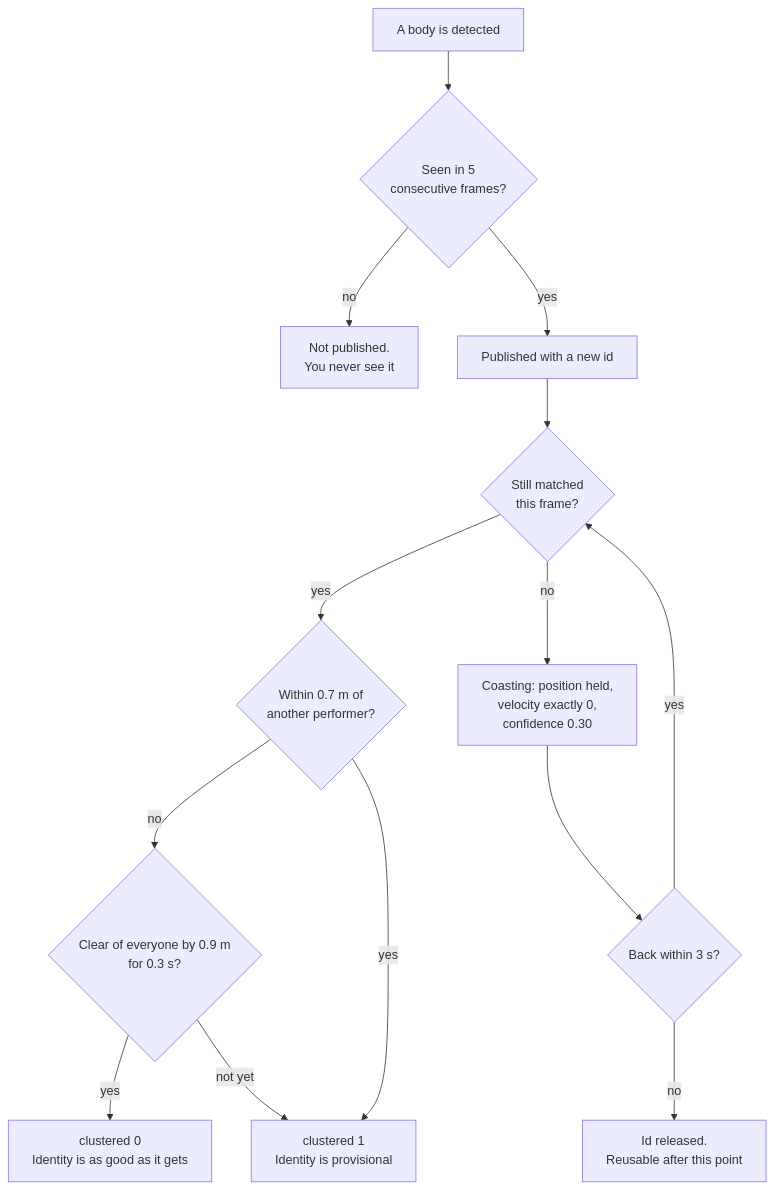
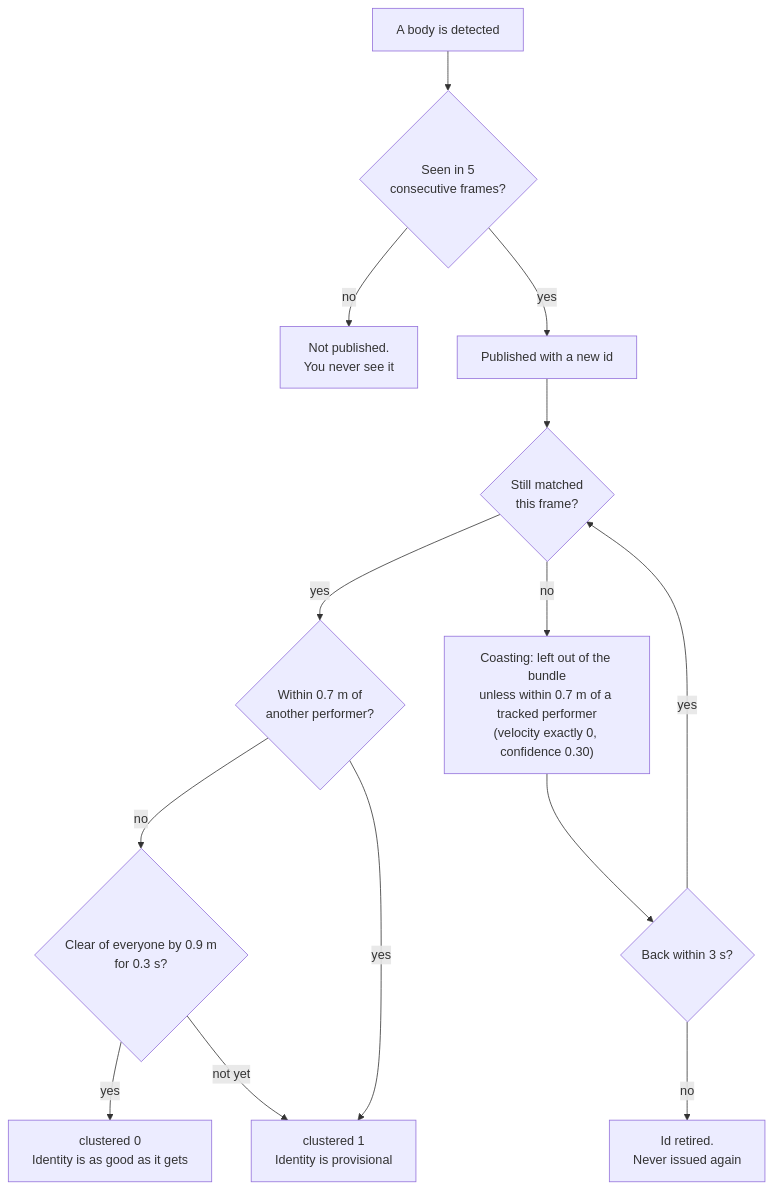
The second of 2 diagrams in reference/track.md (AristidesAI/TDStage-Docs), drawn with Mermaid before and after one commit. The commit also changed other lines of this file and 22 other files, not shown here.

````diff
--- a/reference/track.md
+++ b/reference/track.md
@@ -121,16 +123,16 @@
 ```mermaid
 flowchart TD
   A["A body is detected"] --> B{"Seen in 5<br/>consecutive frames?"}
   B -- "no" --> C["Not published.<br/>You never see it"]
   B -- "yes" --> D["Published with a new id"]
   D --> E{"Still matched<br/>this frame?"}
   E -- "yes" --> F{"Within 0.7 m of<br/>another performer?"}
   F -- "no" --> G{"Clear of everyone by 0.9 m<br/>for 0.3 s?"}
   G -- "yes" --> G1["clustered 0<br/>Identity is as good as it gets"]
   G -- "not yet" --> H
   F -- "yes" --> H["clustered 1<br/>Identity is provisional"]
-  E -- "no" --> I["Coasting: position held,<br/>velocity exactly 0,<br/>confidence 0.30"]
+  E -- "no" --> I["Coasting: left out of the bundle<br/>unless within 0.7 m of a tracked performer<br/>(velocity exactly 0, confidence 0.30)"]
   I --> J{"Back within 3 s?"}
   J -- "yes" --> E
-  J -- "no" --> K["Id released.<br/>Reusable after this point"]
+  J -- "no" --> K["Id retired.<br/>Never issued again"]
 ```
````
